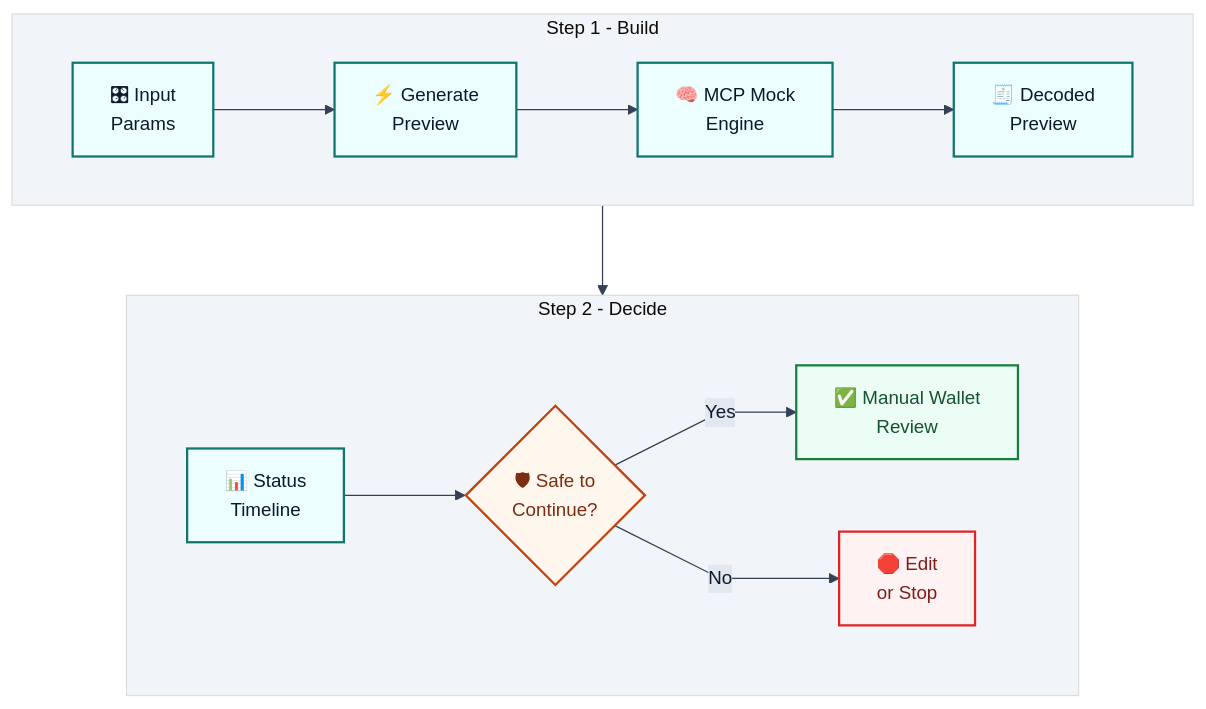
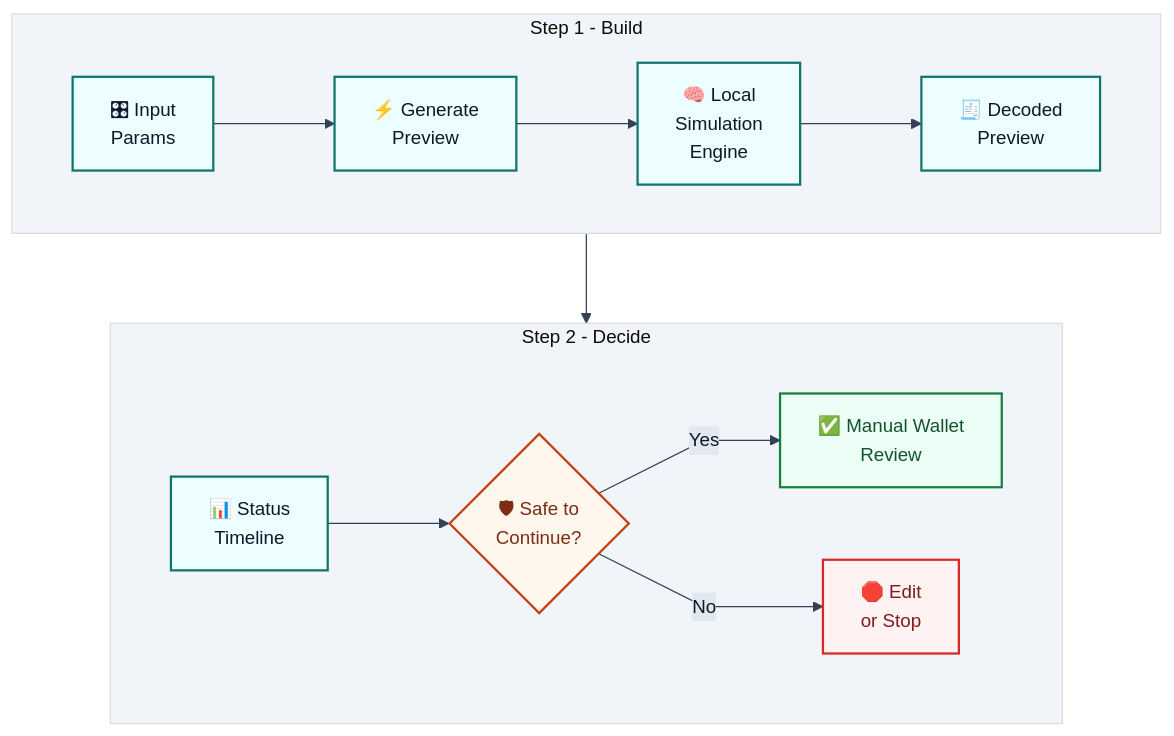
The first of 8 diagrams in README.md (sunshineluyao/Moss-Mcp-Transaction), drawn with Mermaid before and after one commit. The commit also changed other lines of this file, not shown here.

Commit message:
docs: clarify local simulation vs live Moss MCP

````diff
--- a/README.md
+++ b/README.md
@@ -153,29 +153,29 @@
 ```mermaid
 %%{init: {'theme':'base','flowchart': {'htmlLabels': true, 'nodeSpacing': 58, 'rankSpacing': 72, 'curve': 'linear'},'themeVariables': {'fontFamily':'Trebuchet MS, Segoe UI, sans-serif','fontSize':'15px','primaryColor':'#eef6ff','primaryBorderColor':'#3b82f6','primaryTextColor':'#0f172a','lineColor':'#334155','secondaryColor':'#f8fafc','tertiaryColor':'#f1f5f9','edgeLabelBackground':'#e2e8f0'}}}%%
 flowchart TB
   subgraph R1[Step 1 - Build]
     direction LR
     A["🎛 Input<br/>Params"] --> B["⚡ Generate<br/>Preview"]
-    B --> C["🧠 MCP Mock<br/>Engine"]
+    B --> C["🧠 Local<br/>Simulation<br/>Engine"]
     C --> D["🧾 Decoded<br/>Preview"]
   end
 
   subgraph R2[Step 2 - Decide]
     direction LR
     E["📊 Status<br/>Timeline"] --> F{"🛡 Safe to<br/>Continue?"}
     F -->|Yes| G["✅ Manual Wallet<br/>Review"]
     F -->|No| H["🛑 Edit<br/>or Stop"]
   end
 
   D --> E
 
   classDef main fill:#ecfeff,stroke:#0f766e,stroke-width:1.8px,color:#0f172a;
   classDef decision fill:#fff7ed,stroke:#c2410c,stroke-width:1.8px,color:#7c2d12;
   classDef success fill:#ecfdf5,stroke:#15803d,stroke-width:1.8px,color:#14532d;
   classDef stop fill:#fef2f2,stroke:#dc2626,stroke-width:1.8px,color:#7f1d1d;
 
   class A,B,C,D,E main;
   class F decision;
   class G success;
   class H stop;
 ```
````
